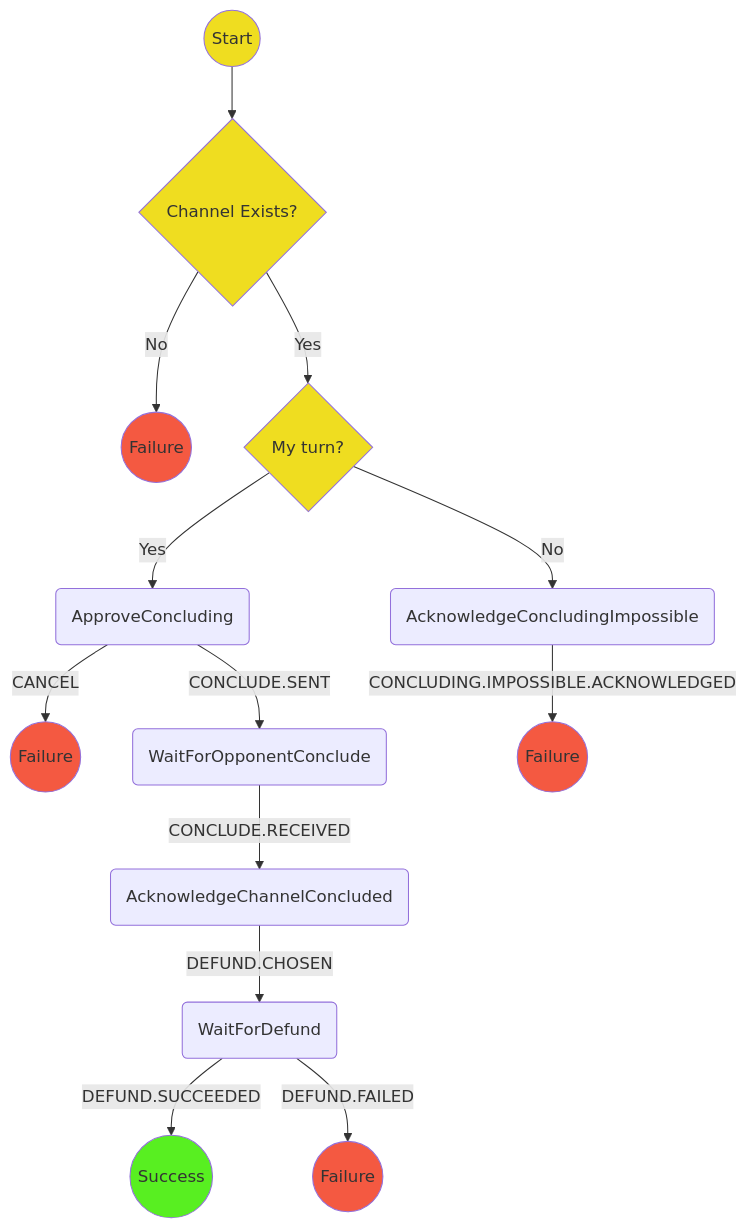
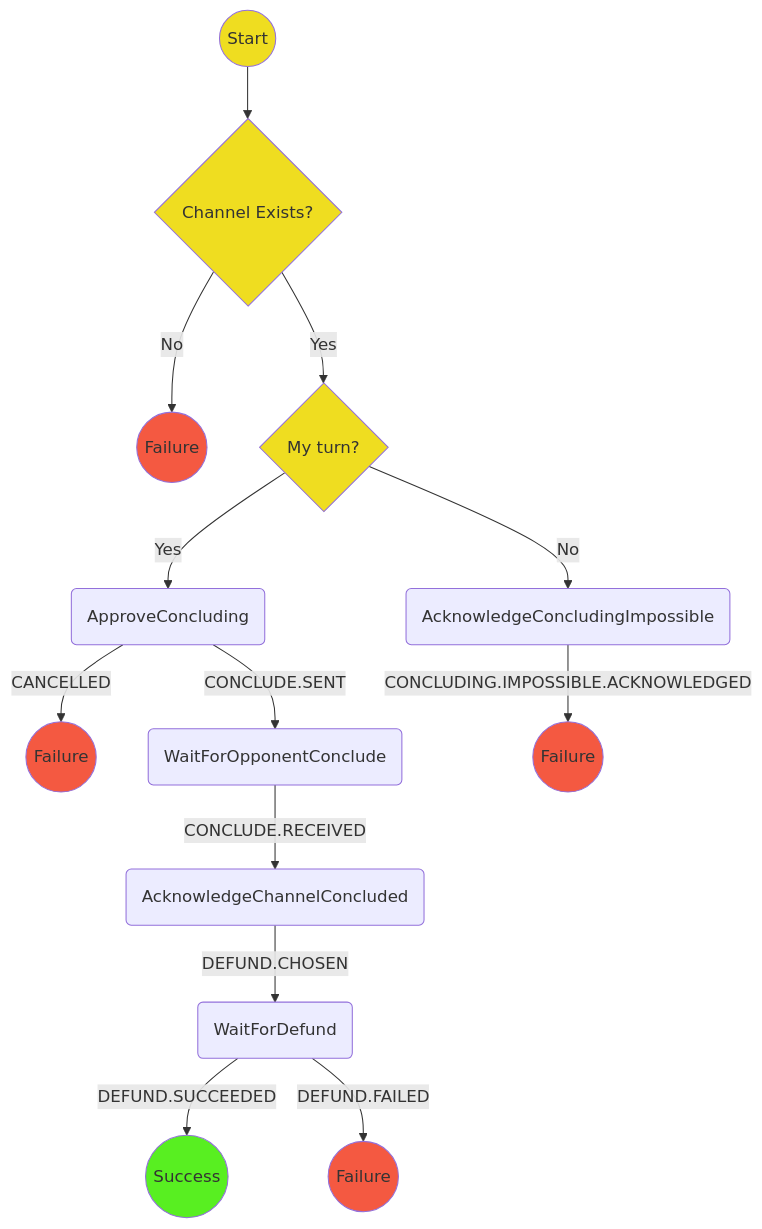
Before and after one commit to magmo/apps: the diagram in packages/wallet/src/redux/protocols/concluding/readme.md, drawn with Mermaid. The commit also changed other lines of this file and 6 other files, not shown here.

````diff
--- a/packages/wallet/src/redux/protocols/concluding/readme.md
+++ b/packages/wallet/src/redux/protocols/concluding/readme.md
@@ -21,23 +21,23 @@
 ```mermaid
 graph TD
   S((Start)) --> E{Channel Exists?}
   E --> |No| F1((Failure))
   E --> |Yes| MT{My turn?}
   MT  --> |Yes| CC(ApproveConcluding)
   MT  --> |No| RC(AcknowledgeConcludingImpossible)
-  CC  --> |CANCEL| F2((Failure))
+  CC  --> |CANCELLED| F2((Failure))
   CC  --> |CONCLUDE.SENT| WOC(WaitForOpponentConclude)
   WOC --> |CONCLUDE.RECEIVED| ACC(AcknowledgeChannelConcluded)
   ACC --> |DEFUND.CHOSEN| D(WaitForDefund)
   D   --> |DEFUND.SUCCEEDED| SS((Success))
   D   --> |DEFUND.FAILED| F3((Failure))
   RC  --> |CONCLUDING.IMPOSSIBLE.ACKNOWLEDGED| F4((Failure))
   style S  fill:#efdd20
   style E  fill:#efdd20
   style MT fill:#efdd20
   style SS fill:#58ef21
   style F1 fill:#f45941
   style F2 fill:#f45941
   style F3 fill:#f45941
   style F4 fill:#f45941
 ```
````
